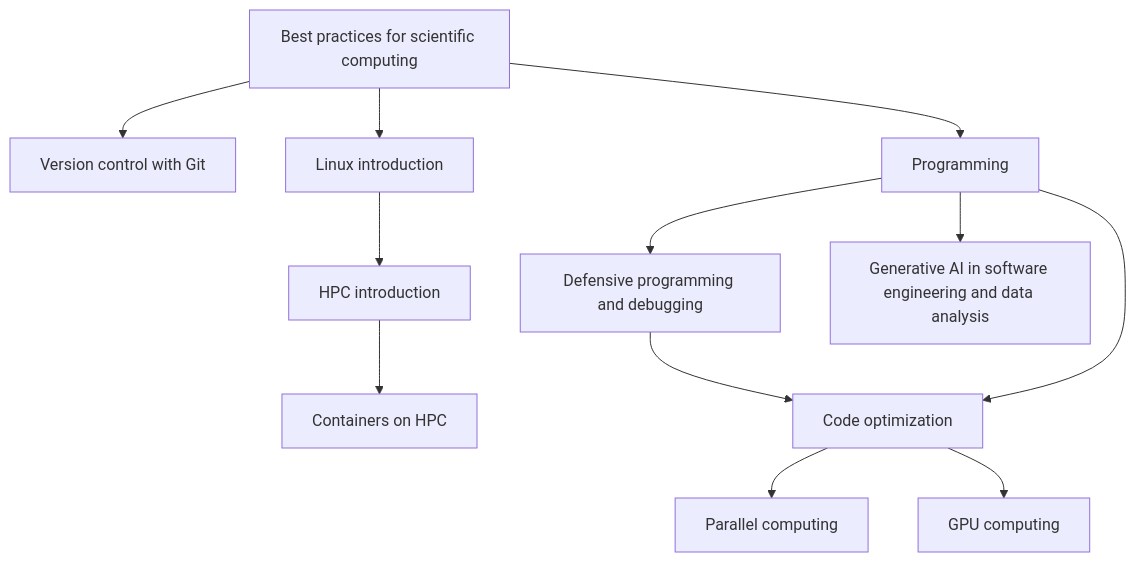
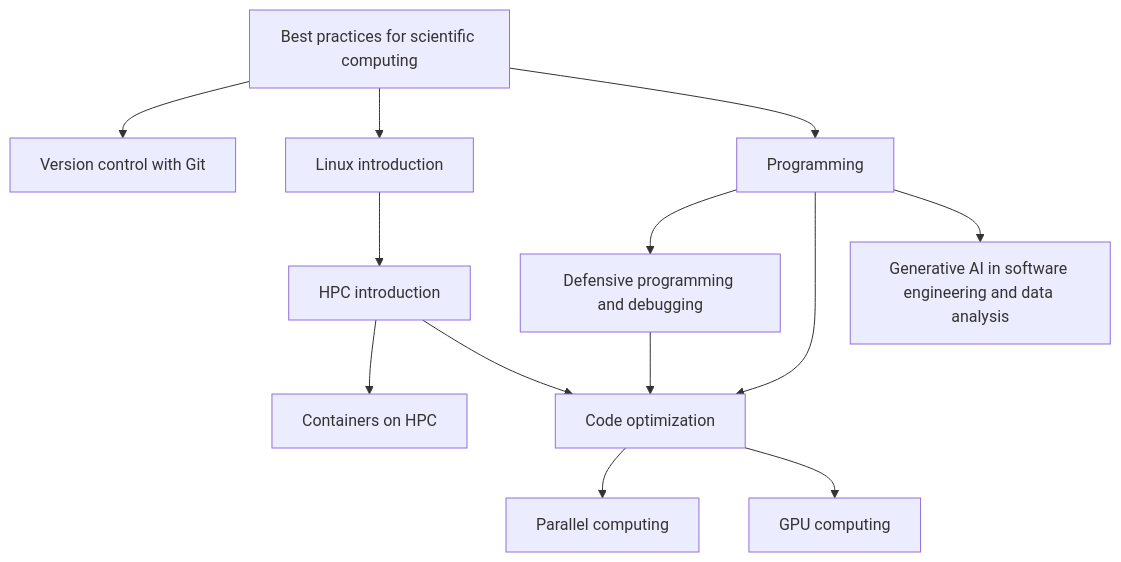
One commit to gjbex/Training-sessions changed the diagram in docs/learning_path_hpc_application_development.md. Above: the diagram before and after it, drawn with Mermaid.

Commit message:
Add dependency on HPC intro for Code optimizaton

````diff
--- a/docs/learning_path_hpc_application_development.md
+++ b/docs/learning_path_hpc_application_development.md
@@ -7,24 +7,25 @@
 ```mermaid
 graph TD
   Best_practices_for_scientific_computing[Best practices for scientific computing] --> Version_control_with_git[Version control with Git]
   Best_practices_for_scientific_computing[Best practices for scientific computing] --> Linux_intro[Linux introduction]
   Linux_intro --> HPC_intro[HPC introduction]
   HPC_intro --> Containers_on_HPC[Containers on HPC]
   Best_practices_for_scientific_computing --> Programming[Programming]
   Programming --> Defensive_programming_and_debugging[Defensive programming and debugging]
   Defensive_programming_and_debugging --> Code_optimization[Code optimization]
   Programming --> Code_optimization
   Programming --> Generative_AI_in_software_engineering_and_data_analysis[Generative AI in software engineering and data analysis]
+  HPC_intro --> Code_optimization
   Code_optimization --> Parallel_computing[Parallel computing]
   Code_optimization --> GPU_computing[GPU computing]
   click Best_practices_for_scientific_computing "https://gjbex.github.io/Best-practices-for-scientific-computing/" "Best practices for scientific computing"
   click Linux_intro "https://gjbex.github.io/Training-sessions/linux_intro" "Linux introduction"
   click HPC_intro "https://gjbex.github.io/Training-sessions/hpc_intro" "HPC introduction"
   click Containers_on_HPC "https://gjbex.github.io/Containers-for-HPC/" "Containers on HPC"
   click Generative_ai_for_software_engineering_and_data_analysis "https://gjbex.github.io/Training-sessions/generative_ai_for_software_engineering_and_data_analysis" "Generative AI for software engineering and data analysis"
   click Programming "https://gjbex.github.io/Training-sessions/programming" "Programming"
   click Defensive_programming_and_debugging "https://gjbex.github.io/Defensive_programming_and_debugging/" "Defensive programming and debugging"
   click Code_optimization "https://gjbex.github.io/Code-optimization/" "Code optimization"
   click Parallel_computing "https://gjbex.github.io/Training-sessions/parallel_computing" "Parallel computing"
   click GPU_computing "https://gjbex.github.io/Training-sessions/gpu_computing" "GPU computing"
 ```
````
